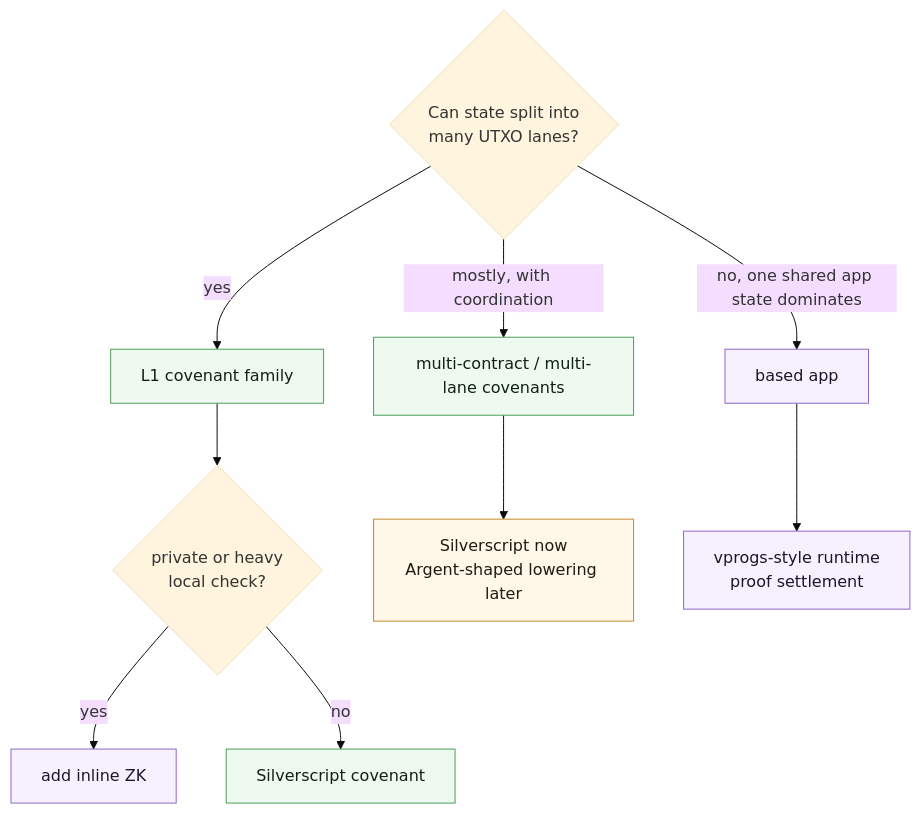
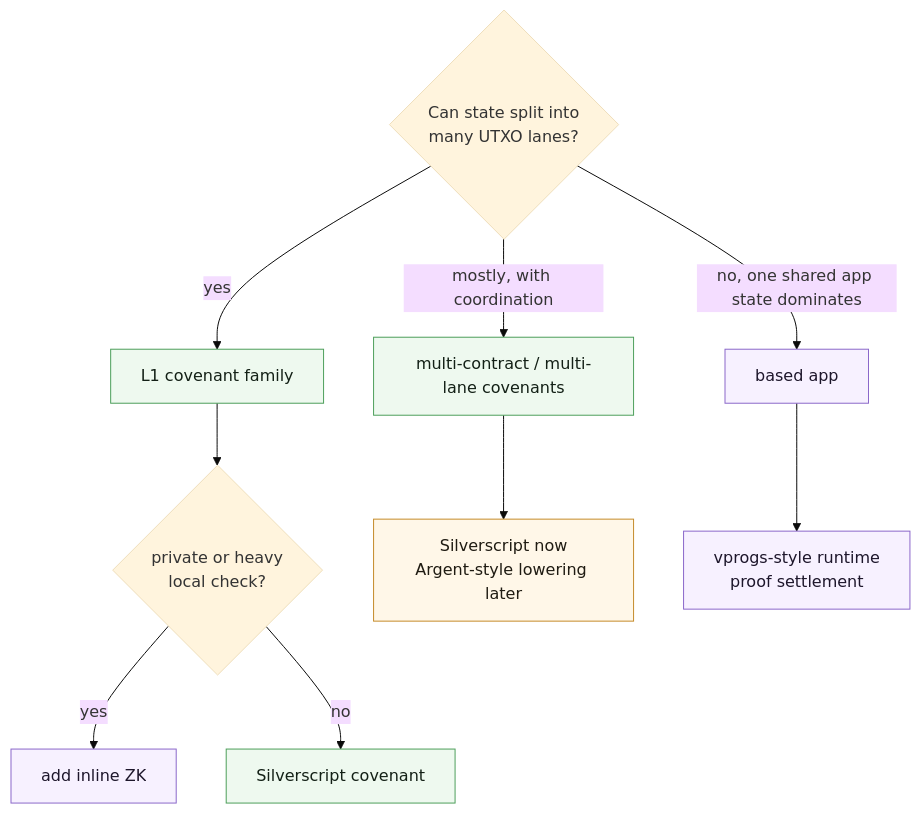
Before and after one commit to kaspanet/docs: the diagram in content/docs/toccata/decision-guide.mdx, drawn with Mermaid (base theme). The commit also changed other lines of this file and 10 other files, not shown here.

````diff
--- a/content/docs/toccata/decision-guide.mdx
+++ b/content/docs/toccata/decision-guide.mdx
@@ -21,18 +21,18 @@
 ```mermaid
 flowchart TD
     classDef cov fill:#eef9ef,stroke:#4d9f5b,color:#132016
     classDef zk fill:#f7f1ff,stroke:#8b68ca,color:#1d162b
     classDef warn fill:#fff7e8,stroke:#c58b2a,color:#1f1b12
 
     A{"Can state split into<br/>many UTXO lanes?"}
     A -->|"yes"| C["L1 covenant family"]:::cov
     A -->|"mostly, with coordination"| M["multi-contract / multi-lane covenants"]:::cov
     A -->|"no, one shared app state dominates"| B["based app"]:::zk
 
     C --> P{"private or heavy<br/>local check?"}
     P -->|"yes"| I["add inline ZK"]:::zk
     P -->|"no"| S["Silverscript covenant"]:::cov
 
-    M --> G["Silverscript now<br/>Argent-shaped lowering later"]:::warn
+    M --> G["Silverscript now<br/>Argent-style lowering later"]:::warn
     B --> V["vprogs-style runtime<br/>proof settlement"]:::zk
 ```
````
